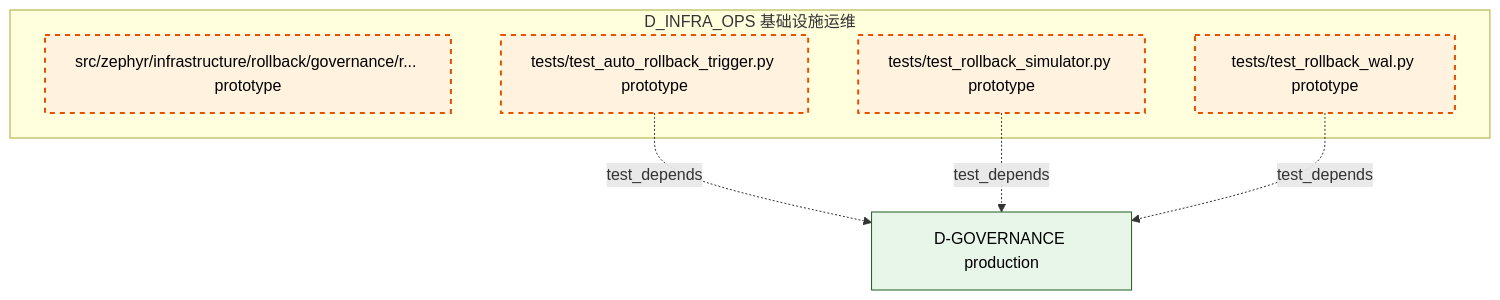
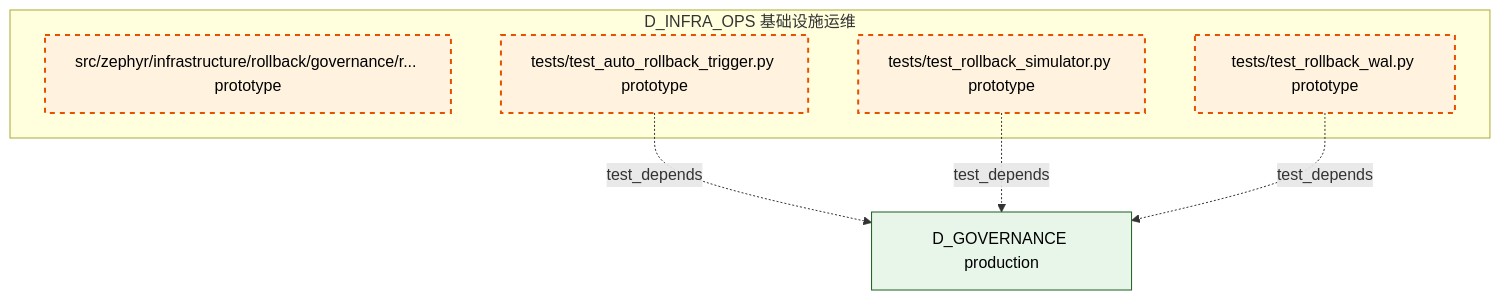
One commit to xuanFelixVan/ZephyrAlpha changed the second of 2 diagrams in docs/02_enterprise_architecture/02_domain_architecture_docs/02_d_infra_ops.md. Above: the diagram before and after it, drawn with Mermaid. The commit also changed other lines of this file and 106 other files, not shown here.

````diff
--- a/docs/02_enterprise_architecture/02_domain_architecture_docs/02_d_infra_ops.md
+++ b/docs/02_enterprise_architecture/02_domain_architecture_docs/02_d_infra_ops.md
@@ -120,19 +120,19 @@
 ```mermaid
 graph TD
     subgraph D_INFRA_OPS["D_INFRA_OPS 基础设施运维"]
         src_zephyr_infrastructure_rollback_governance_result_types_py["src/zephyr/infrastructure/rollback/governance/r... prototype"]
         tests_test_auto_rollback_trigger_py["tests/test_auto_rollback_trigger.py prototype"]
         tests_test_rollback_simulator_py["tests/test_rollback_simulator.py prototype"]
         tests_test_rollback_wal_py["tests/test_rollback_wal.py prototype"]
     end
-    D_GOVERNANCE["D-GOVERNANCE production"]
+    D_GOVERNANCE["D_GOVERNANCE production"]
     tests_test_auto_rollback_trigger_py -.->|test_depends| D_GOVERNANCE
     tests_test_rollback_simulator_py -.->|test_depends| D_GOVERNANCE
     tests_test_rollback_wal_py -.->|test_depends| D_GOVERNANCE
     classDef production fill:#e1f5fe,stroke:#01579b,stroke-width:2px,color:#000
     classDef design fill:#fff3e0,stroke:#e65100,stroke-width:2px,color:#000,stroke-dasharray: 5 5
     classDef external_prod fill:#e8f5e9,stroke:#1b5e20,stroke-width:1px,color:#000
     classDef external_design fill:#fce4ec,stroke:#880e4f,stroke-width:1px,color:#000,stroke-dasharray: 5 5
     class src_zephyr_infrastructure_rollback_governance_result_types_py,tests_test_auto_rollback_trigger_py,tests_test_rollback_simulator_py,tests_test_rollback_wal_py design
     class D_GOVERNANCE external_prod
 ```
````
